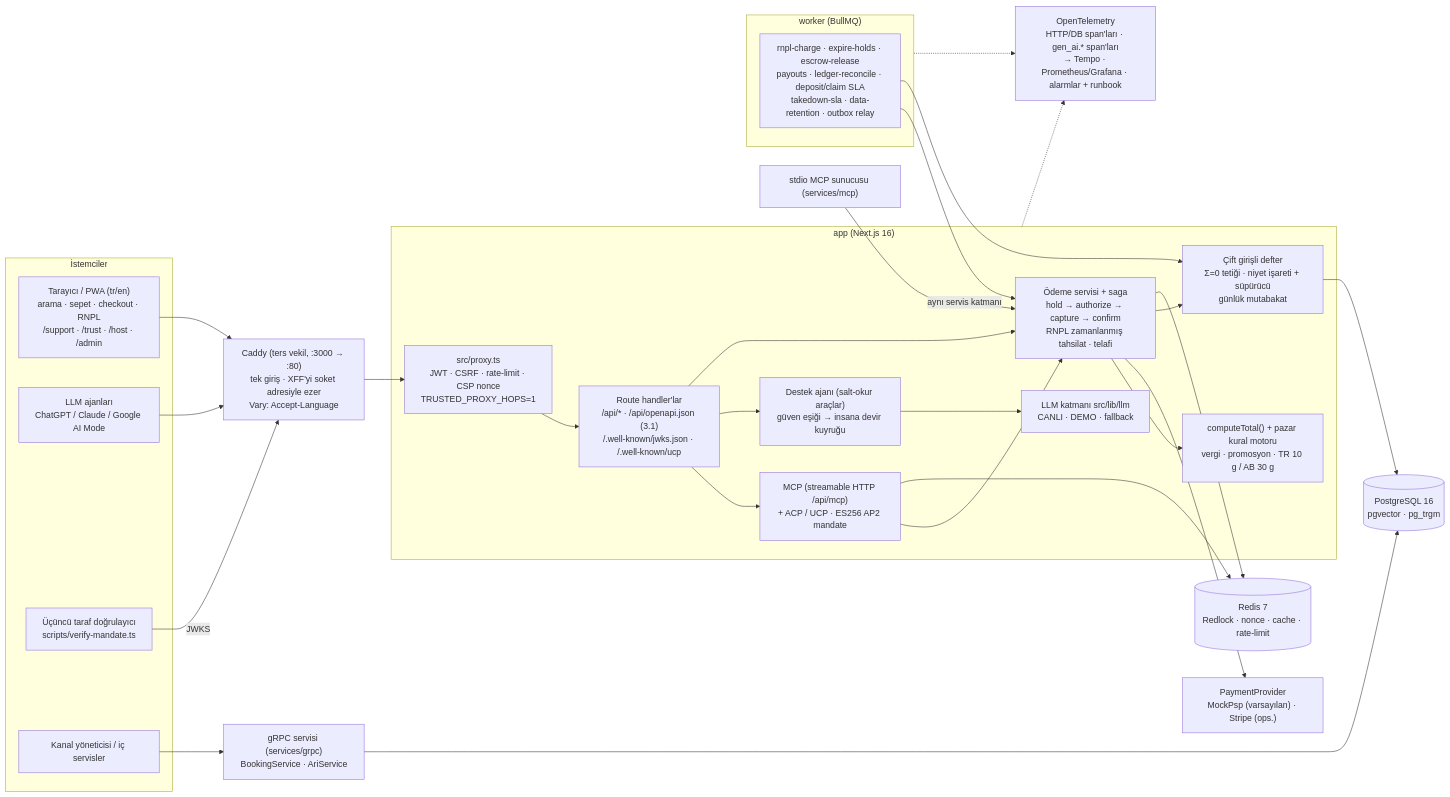
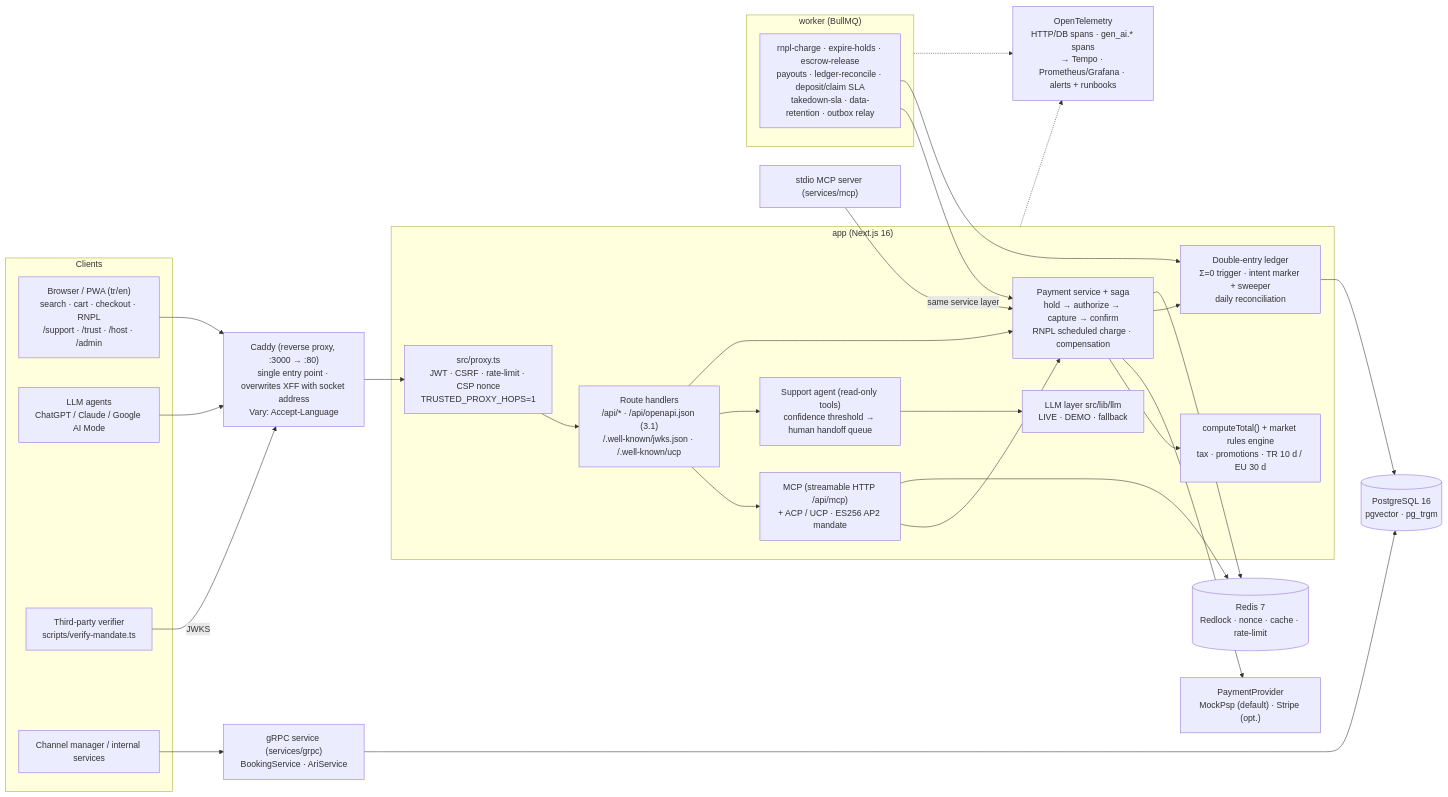
Before and after one commit to tunadeniz1304/booking-platform: the diagram in README.md, drawn with Mermaid. The commit also changed other lines of this file and 1 other file, not shown here.

````diff
--- a/README.md
+++ b/README.md
@@ -107,51 +108,51 @@
 ```mermaid
 flowchart LR
-  subgraph Clients["İstemciler"]
-    UI["Tarayıcı / PWA (tr/en)<br/>arama · sepet · checkout · RNPL<br/>/support · /trust · /host · /admin"]
-    AG["LLM ajanları<br/>ChatGPT / Claude / Google AI Mode"]
-    V3["Üçüncü taraf doğrulayıcı<br/>scripts/verify-mandate.ts"]
-    EXT["Kanal yöneticisi / iç servisler"]
+  subgraph Clients["Clients"]
+    UI["Browser / PWA (tr/en)<br/>search · cart · checkout · RNPL<br/>/support · /trust · /host · /admin"]
+    AG["LLM agents<br/>ChatGPT / Claude / Google AI Mode"]
+    V3["Third-party verifier<br/>scripts/verify-mandate.ts"]
+    EXT["Channel manager / internal services"]
   end
 
-  CADDY["Caddy (ters vekil, :3000 → :80)<br/>tek giriş · XFF'yi soket adresiyle ezer<br/>Vary: Accept-Language"]
+  CADDY["Caddy (reverse proxy, :3000 → :80)<br/>single entry point · overwrites XFF with socket address<br/>Vary: Accept-Language"]
 
   subgraph Core["app (Next.js 16)"]
     PX["src/proxy.ts<br/>JWT · CSRF · rate-limit · CSP nonce<br/>TRUSTED_PROXY_HOPS=1"]
-    API["Route handler'lar<br/>/api/* · /api/openapi.json (3.1)<br/>/.well-known/jwks.json · /.well-known/ucp"]
+    API["Route handlers<br/>/api/* · /api/openapi.json (3.1)<br/>/.well-known/jwks.json · /.well-known/ucp"]
     MCPH["MCP (streamable HTTP /api/mcp)<br/>+ ACP / UCP · ES256 AP2 mandate"]
-    QT["computeTotal() + pazar kural motoru<br/>vergi · promosyon · TR 10 g / AB 30 g"]
-    SAGA["Ödeme servisi + saga<br/>hold → authorize → capture → confirm<br/>RNPL zamanlanmış tahsilat · telafi"]
-    LEDGER["Çift girişli defter<br/>Σ=0 tetiği · niyet işareti + süpürücü<br/>günlük mutabakat"]
-    SUP["Destek ajanı (salt-okur araçlar)<br/>güven eşiği → insana devir kuyruğu"]
-    LLM["LLM katmanı src/lib/llm<br/>CANLI · DEMO · fallback"]
+    QT["computeTotal() + market rules engine<br/>tax · promotions · TR 10 d / EU 30 d"]
+    SAGA["Payment service + saga<br/>hold → authorize → capture → confirm<br/>RNPL scheduled charge · compensation"]
+    LEDGER["Double-entry ledger<br/>Σ=0 trigger · intent marker + sweeper<br/>daily reconciliation"]
+    SUP["Support agent (read-only tools)<br/>confidence threshold → human handoff queue"]
+    LLM["LLM layer src/lib/llm<br/>LIVE · DEMO · fallback"]
   end
 
   subgraph Worker["worker (BullMQ)"]
     WJ["rnpl-charge · expire-holds · escrow-release<br/>payouts · ledger-reconcile · deposit/claim SLA<br/>takedown-sla · data-retention · outbox relay"]
   end
 
-  GRPC["gRPC servisi (services/grpc)<br/>BookingService · AriService"]
-  MCPS["stdio MCP sunucusu (services/mcp)"]
-  PSP["PaymentProvider<br/>MockPsp (varsayılan) · Stripe (ops.)"]
+  GRPC["gRPC service (services/grpc)<br/>BookingService · AriService"]
+  MCPS["stdio MCP server (services/mcp)"]
+  PSP["PaymentProvider<br/>MockPsp (default) · Stripe (opt.)"]
   PG[("PostgreSQL 16<br/>pgvector · pg_trgm")]
   RD[("Redis 7<br/>Redlock · nonce · cache · rate-limit")]
-  OTEL["OpenTelemetry<br/>HTTP/DB span'ları · gen_ai.* span'ları<br/>→ Tempo · Prometheus/Grafana · alarmlar + runbook"]
+  OTEL["OpenTelemetry<br/>HTTP/DB spans · gen_ai.* spans<br/>→ Tempo · Prometheus/Grafana · alerts + runbooks"]
 
   UI --> CADDY
   AG --> CADDY
   V3 -- "JWKS" --> CADDY
   CADDY --> PX --> API
   API --> MCPH & SUP
   API & MCPH --> SAGA
   SAGA --> QT
   SAGA --> PSP
   SAGA --> LEDGER
   SUP --> LLM
   WJ --> SAGA & LEDGER
   EXT --> GRPC --> PG
-  MCPS -- "aynı servis katmanı" --> SAGA
+  MCPS -- "same service layer" --> SAGA
   LEDGER --> PG
   SAGA & MCPH --> RD
   Core -.-> OTEL
   Worker -.-> OTEL
 ```
````
